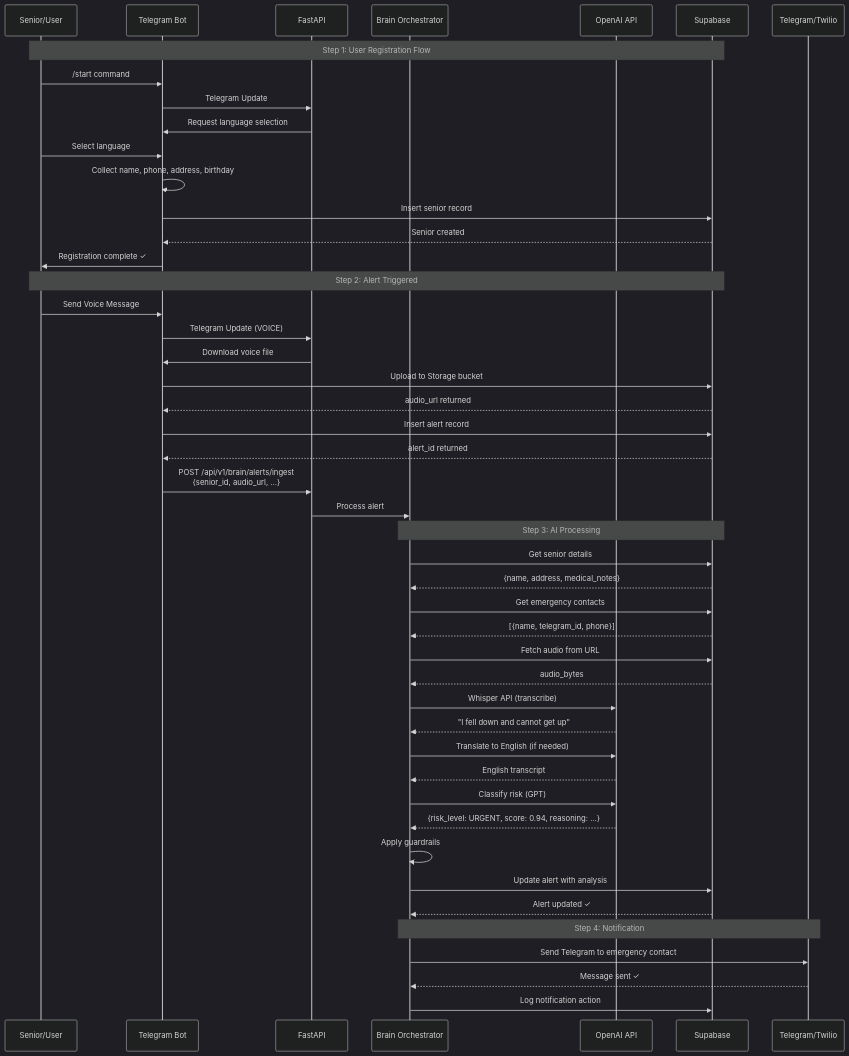
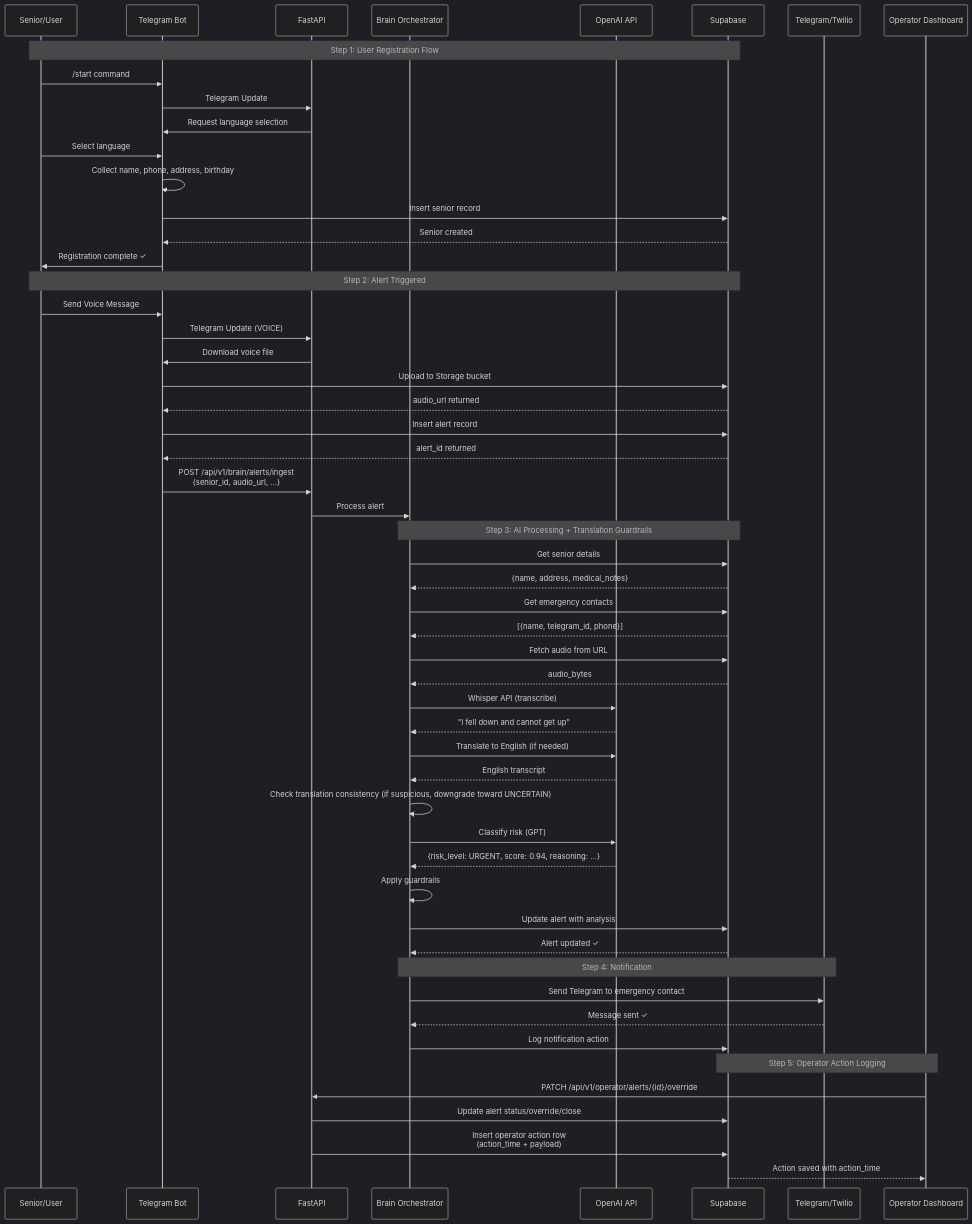
The second of 8 diagrams in flowchart.md (brucewzj99/PersonalAlertPlus), drawn with Mermaid (dark theme) before and after one commit. The commit also changed other lines of this file and 11 other files, not shown here.

````diff
--- a/flowchart.md
+++ b/flowchart.md
@@ -131,57 +135,66 @@
 ```mermaid
 sequenceDiagram
     participant User as Senior/User
     participant TB as Telegram Bot
     participant API as FastAPI
     participant Brain as Brain Orchestrator
     participant AI as OpenAI API
     participant DB as Supabase
     participant Notif as Telegram/Twilio
+    participant Op as Operator Dashboard
 
     Note over User,DB: Step 1: User Registration Flow
     User->>TB: /start command
     TB->>API: Telegram Update
     API->>TB: Request language selection
     User->>TB: Select language
     TB->>TB: Collect name, phone, address, birthday
     TB->>DB: Insert senior record
     DB-->>TB: Senior created
     TB->>User: Registration complete ✓
 
     Note over User,DB: Step 2: Alert Triggered
     User->>TB: Send Voice Message
     TB->>API: Telegram Update (VOICE)
     API->>TB: Download voice file
     TB->>DB: Upload to Storage bucket
     DB-->>TB: audio_url returned
     TB->>DB: Insert alert record
     DB-->>TB: alert_id returned
     TB->>API: POST /api/v1/brain/alerts/ingest<br/>{senior_id, audio_url, ...}
     API->>Brain: Process alert
 
-    Note over Brain,DB: Step 3: AI Processing
+    Note over Brain,DB: Step 3: AI Processing + Translation Guardrails
     Brain->>DB: Get senior details
     DB-->>Brain: {name, address, medical_notes}
     Brain->>DB: Get emergency contacts
     DB-->>Brain: [{name, telegram_id, phone}]
     Brain->>DB: Fetch audio from URL
     DB-->>Brain: audio_bytes
     
     Brain->>AI: Whisper API (transcribe)
     AI-->>Brain: "I fell down and cannot get up"
     
     Brain->>AI: Translate to English (if needed)
     AI-->>Brain: English transcript
     
+    Brain->>Brain: Check translation consistency (if suspicious, downgrade toward UNCERTAIN)
+
     Brain->>AI: Classify risk (GPT)
     AI-->>Brain: {risk_level: URGENT, score: 0.94, reasoning: ...}
     
     Brain->>Brain: Apply guardrails
     Brain->>DB: Update alert with analysis
     DB-->>Brain: Alert updated ✓
 
     Note over Brain,Notif: Step 4: Notification
     Brain->>Notif: Send Telegram to emergency contact
     Notif-->>Brain: Message sent ✓
     Brain->>DB: Log notification action
+
+    Note over Op,DB: Step 5: Operator Action Logging
+    Op->>API: PATCH /api/v1/operator/alerts/{id}/override
+    API->>DB: Update alert status/override/close
+    API->>DB: Insert operator action row<br/>(action_time + payload)
+    DB-->>Op: Action saved with action_time
 ```
````
